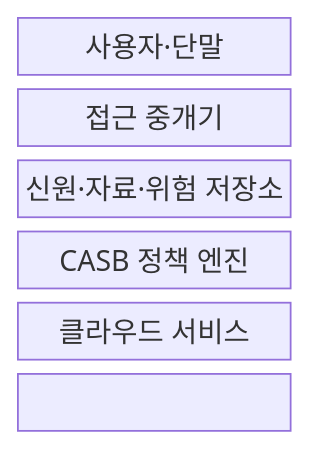
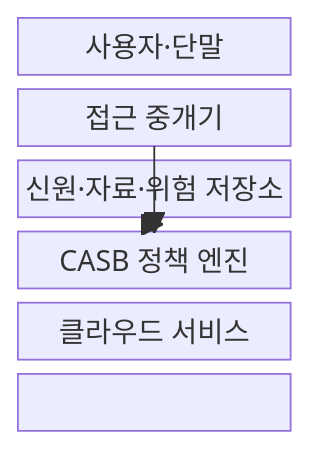
Before and after one commit to agnusdei1207/knowledge-base: the first of 2 diagrams in src/content/docs/notes/04-network/092_casb.md, drawn with Mermaid. The commit also changed other lines of this file and 20 other files, not shown here.

````diff
--- a/src/content/docs/notes/04-network/092_casb.md
+++ b/src/content/docs/notes/04-network/092_casb.md
@@ -53,11 +58,12 @@
 ```mermaid
 block-beta
     columns 1
     USER["사용자·단말"]
     BROKER["접근 중개기"]
     CONTEXT["신원·자료·위험 저장소"]
     POLICY["CASB 정책 엔진"]
     CLOUD["클라우드 서비스"]
-    USER --- BROKER --- CONTEXT
-    CONTEXT --- POLICY --- CLOUD
+    USER --> BROKER --> CLOUD
+    BROKER --> POLICY
+    CONTEXT --> POLICY
 ```
````
